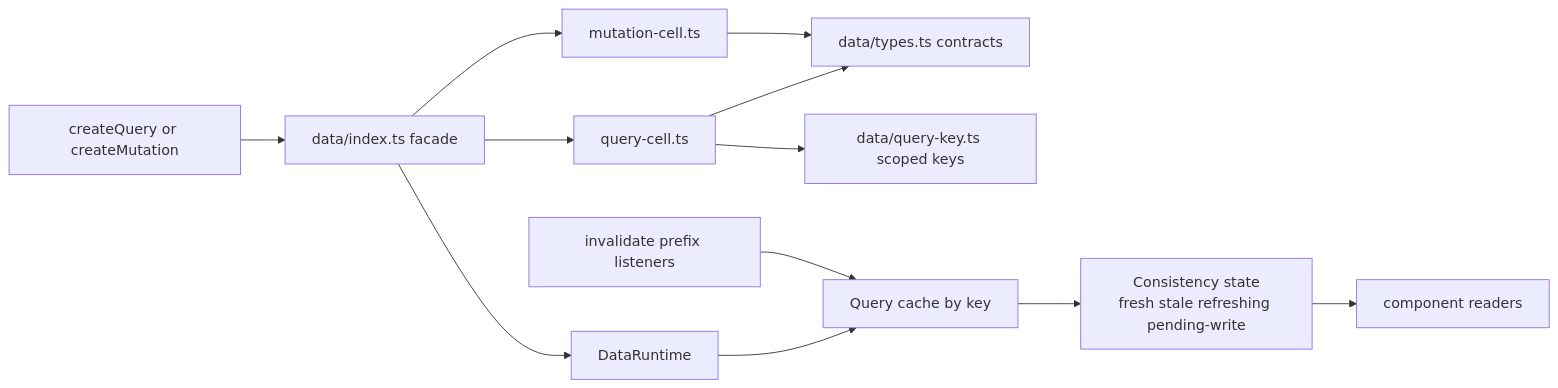
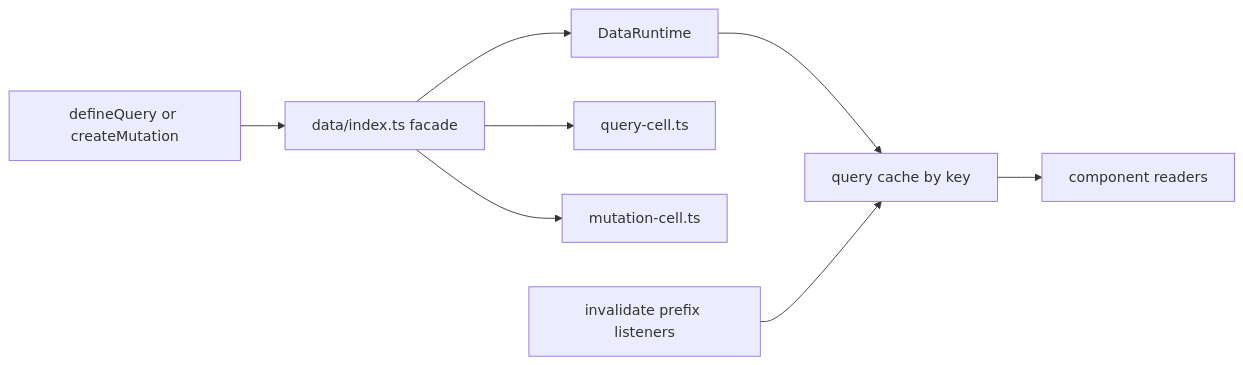
The fourth of 4 diagrams in docs/internals/runtime-reactivity.md (askrjs/askr), drawn with Mermaid before and after one commit. The commit also changed other lines of this file and 638 other files, not shown here.

````diff
--- a/docs/internals/runtime-reactivity.md
+++ b/docs/internals/runtime-reactivity.md
@@ -219,26 +189,19 @@
 ```mermaid
 flowchart LR
-  queryCall[createQuery or createMutation]
-  dataTypes[data/types.ts contracts]
-  queryKey[data/query-key.ts scoped keys]
+  queryCall[defineQuery or createMutation]
   facade[data/index.ts facade]
   dataRuntime[DataRuntime]
   queryCell[query-cell.ts]
   mutationCell[mutation-cell.ts]
-  cache[Query cache by key]
-  consistency[Consistency state<br/>fresh stale refreshing pending-write]
+  cache[query cache by key]
   invalidate[invalidate prefix listeners]
   readers[component readers]
 
   queryCall --> facade
   facade --> queryCell
   facade --> mutationCell
   facade --> dataRuntime
-  queryCell --> dataTypes
-  queryCell --> queryKey
-  mutationCell --> dataTypes
   dataRuntime --> cache
-  cache --> consistency
   invalidate --> cache
-  consistency --> readers
+  cache --> readers
 ```
````
